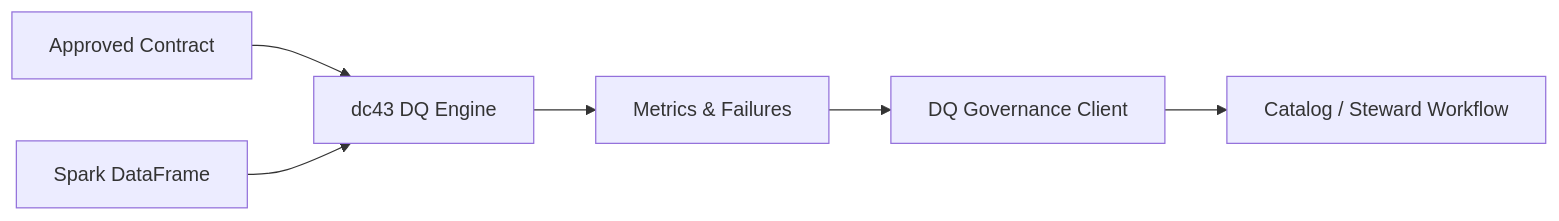
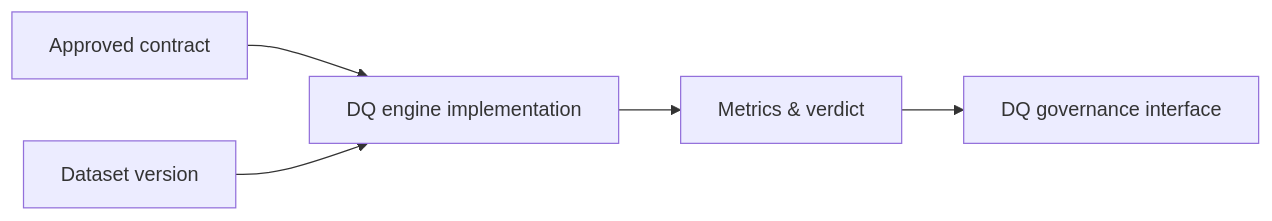
One commit to NextLab-SRL/dc43 changed the diagram in docs/component-data-quality-engine.md. Above: the diagram before and after it, drawn with Mermaid. The commit also changed other lines of this file and 13 other files, not shown here.

````diff
--- a/docs/component-data-quality-engine.md
+++ b/docs/component-data-quality-engine.md
@@ -12,8 +18,7 @@
 ```mermaid
 flowchart LR
-    Contract["Approved Contract"] --> Engine["dc43 DQ Engine"]
-    DataFrame["Spark DataFrame"] --> Engine
-    Engine --> Metrics["Metrics & Failures"]
-    Metrics --> DQClient["DQ Governance Client"]
-    DQClient --> Governance["Catalog / Steward Workflow"]
+    Contract["Approved contract"] --> Engine["DQ engine implementation"]
+    Dataset["Dataset version"] --> Engine
+    Engine --> Metrics["Metrics & verdict"]
+    Metrics --> Governance["DQ governance interface"]
 ```
````
